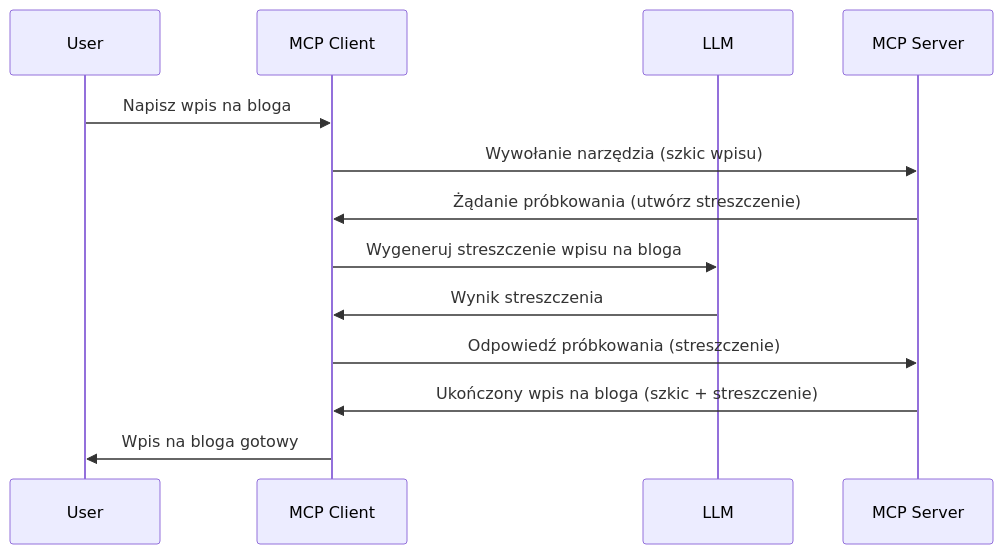
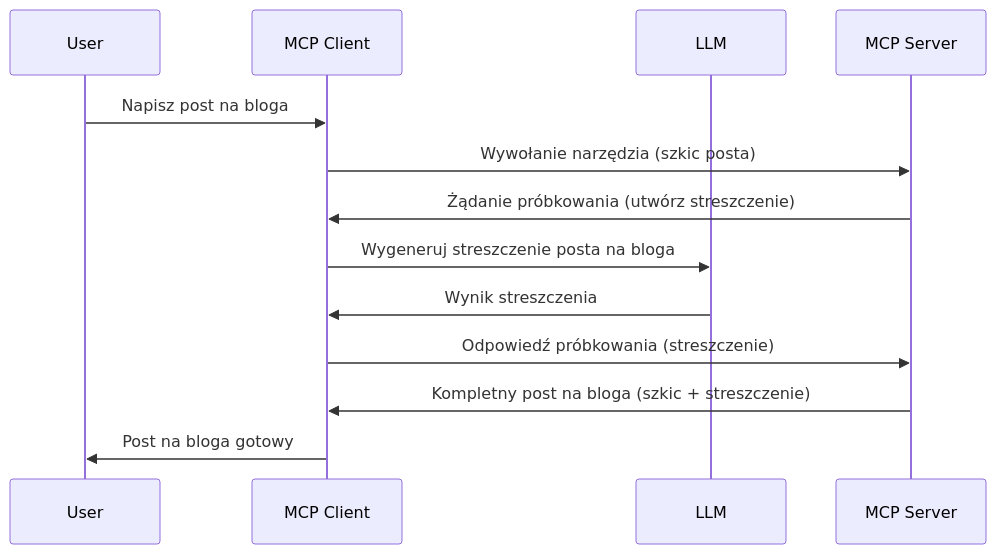
One commit to HIDORAKAI002/ai-workspace-archive changed the diagram in mcp_ecosystem__model_context_protocol/mcp_learning_resources/mcp-for-beginners/translations/pl/03-GettingStarted/14-sampling/README.md. Above: the diagram before and after it, drawn with Mermaid. The commit also changed other lines of this file and 1046 other files, not shown here.

````diff
--- a/mcp_ecosystem__model_context_protocol/mcp_learning_resources/mcp-for-beginners/translations/pl/03-GettingStarted/14-sampling/README.md
+++ b/mcp_ecosystem__model_context_protocol/mcp_learning_resources/mcp-for-beginners/translations/pl/03-GettingStarted/14-sampling/README.md
@@ -23,16 +25,16 @@
 ```mermaid
 sequenceDiagram
     participant User
     participant MCP Client
     participant LLM
     participant MCP Server
 
-    User->>MCP Client: Napisz wpis na bloga
-    MCP Client->>MCP Server: Wywołanie narzędzia (szkic wpisu)
+    User->>MCP Client: Napisz post na bloga
+    MCP Client->>MCP Server: Wywołanie narzędzia (szkic posta)
     MCP Server->>MCP Client: Żądanie próbkowania (utwórz streszczenie)
-    MCP Client->>LLM: Wygeneruj streszczenie wpisu na bloga
+    MCP Client->>LLM: Wygeneruj streszczenie posta na bloga
     LLM->>MCP Client: Wynik streszczenia
     MCP Client->>MCP Server: Odpowiedź próbkowania (streszczenie)
-    MCP Server->>MCP Client: Ukończony wpis na bloga (szkic + streszczenie)
-    MCP Client->>User: Wpis na bloga gotowy
+    MCP Server->>MCP Client: Kompletny post na bloga (szkic + streszczenie)
+    MCP Client->>User: Post na bloga gotowy
 ```
````
